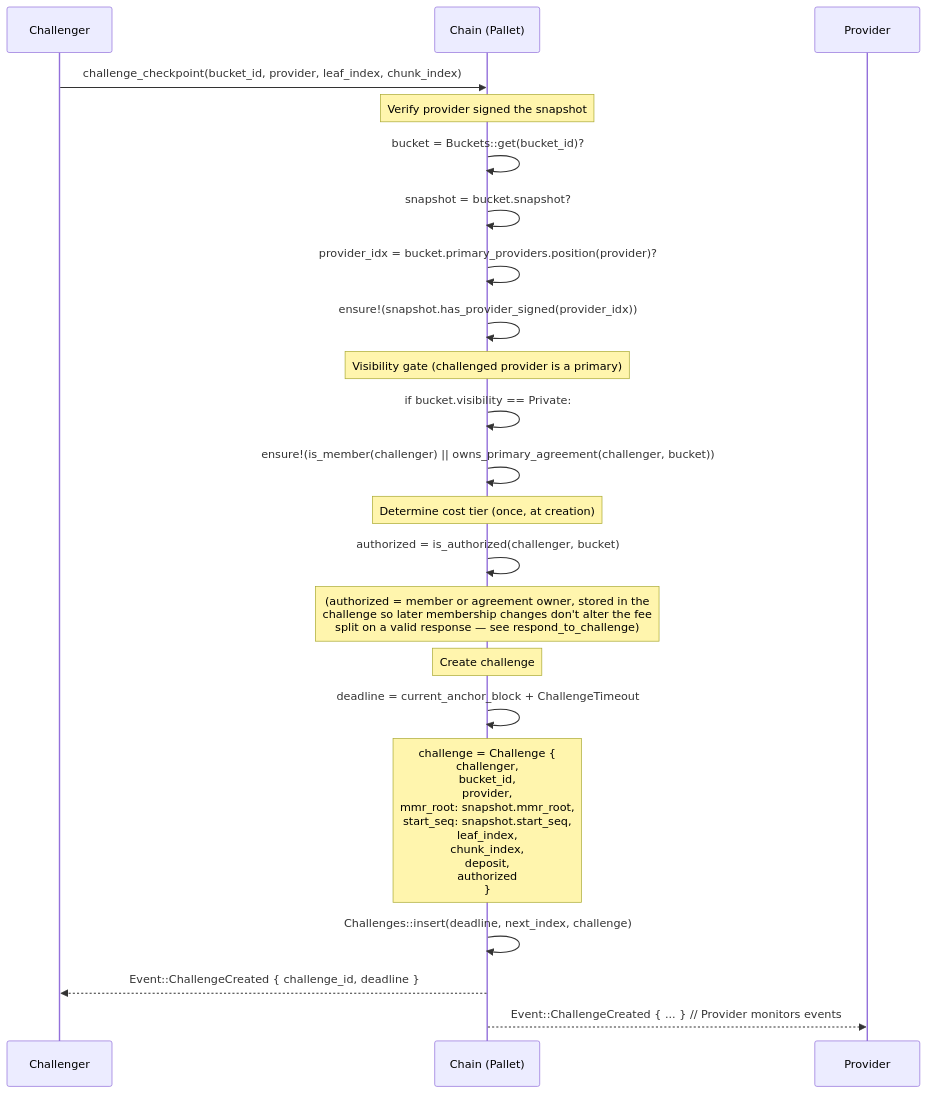
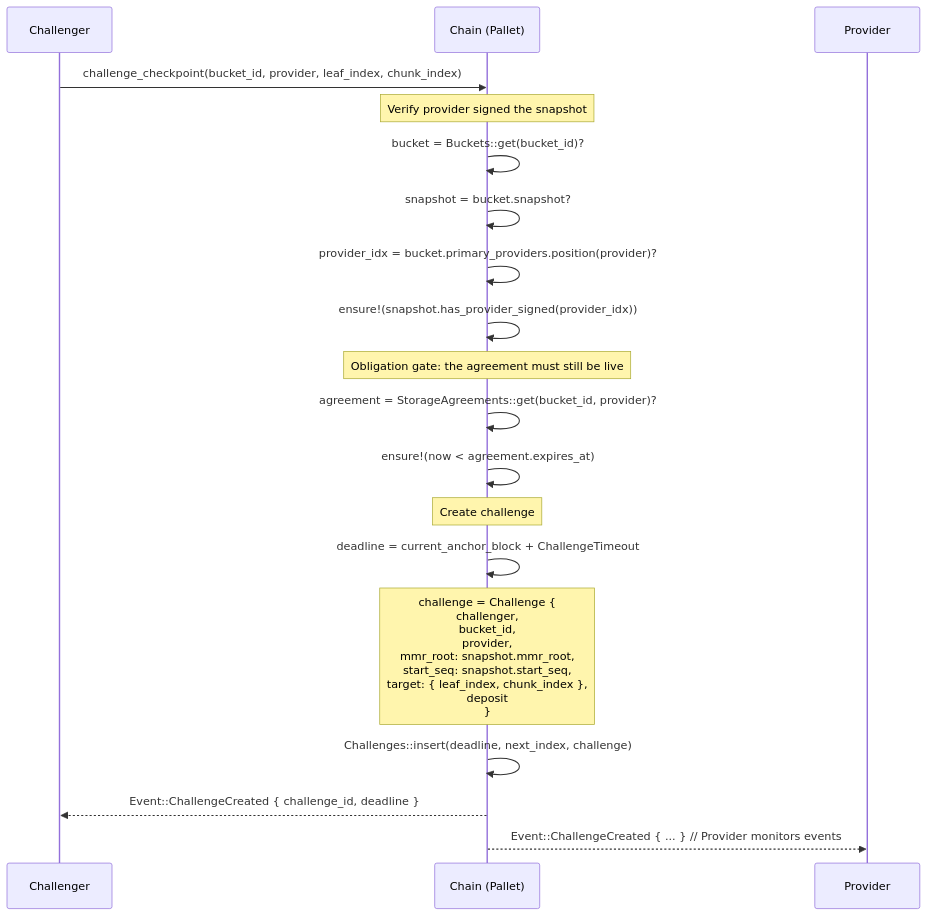
One commit to paritytech/web3-storage changed the seventh of 11 diagrams in docs/reference/EXECUTION_FLOWS.md. Above: the diagram before and after it, drawn with Mermaid. The commit also changed other lines of this file and 1 other file, not shown here.

First line of the commit message:
docs(reference): realign extrinsics/flows docs with the signed-terms API

````diff
--- a/docs/reference/EXECUTION_FLOWS.md
+++ b/docs/reference/EXECUTION_FLOWS.md
@@ -435,31 +402,27 @@
 ```mermaid
 sequenceDiagram
     participant U as Challenger
     participant C as Chain (Pallet)
     participant P as Provider
 
     U->>C: challenge_checkpoint(bucket_id, provider, leaf_index, chunk_index)
 
     Note over C: Verify provider signed the snapshot
     C->>C: bucket = Buckets::get(bucket_id)?
     C->>C: snapshot = bucket.snapshot?
     C->>C: provider_idx = bucket.primary_providers.position(provider)?
     C->>C: ensure!(snapshot.has_provider_signed(provider_idx))
 
-    Note over C: Visibility gate (challenged provider is a primary)
-    C->>C: if bucket.visibility == Private:
-    C->>C:   ensure!(is_member(challenger) || owns_primary_agreement(challenger, bucket))
-
-    Note over C: Determine cost tier (once, at creation)
-    C->>C: authorized = is_authorized(challenger, bucket)
-    Note over C: (authorized = member or agreement owner, stored in the<br/>challenge so later membership changes don't alter the fee<br/>split on a valid response — see respond_to_challenge)
+    Note over C: Obligation gate: the agreement must still be live
+    C->>C: agreement = StorageAgreements::get(bucket_id, provider)?
+    C->>C: ensure!(now < agreement.expires_at)
 
     Note over C: Create challenge
     C->>C: deadline = current_anchor_block + ChallengeTimeout
-    Note over C: challenge = Challenge {<br/> challenger,<br/> bucket_id,<br/> provider,<br/> mmr_root: snapshot.mmr_root,<br/> start_seq: snapshot.start_seq,<br/> leaf_index,<br/> chunk_index,<br/> deposit,<br/> authorized<br/>}
+    Note over C: challenge = Challenge {<br/> challenger,<br/> bucket_id,<br/> provider,<br/> mmr_root: snapshot.mmr_root,<br/> start_seq: snapshot.start_seq,<br/> target: { leaf_index, chunk_index },<br/> deposit<br/>}
 
     C->>C: Challenges::insert(deadline, next_index, challenge)
 
     C-->>U: Event::ChallengeCreated { challenge_id, deadline }
     C-->>P: Event::ChallengeCreated { ... }  // Provider monitors events
 ```
````
